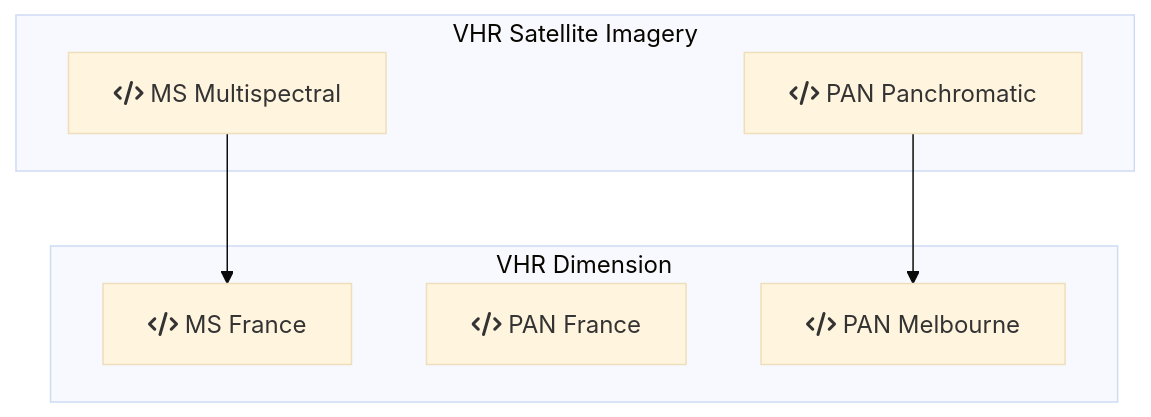
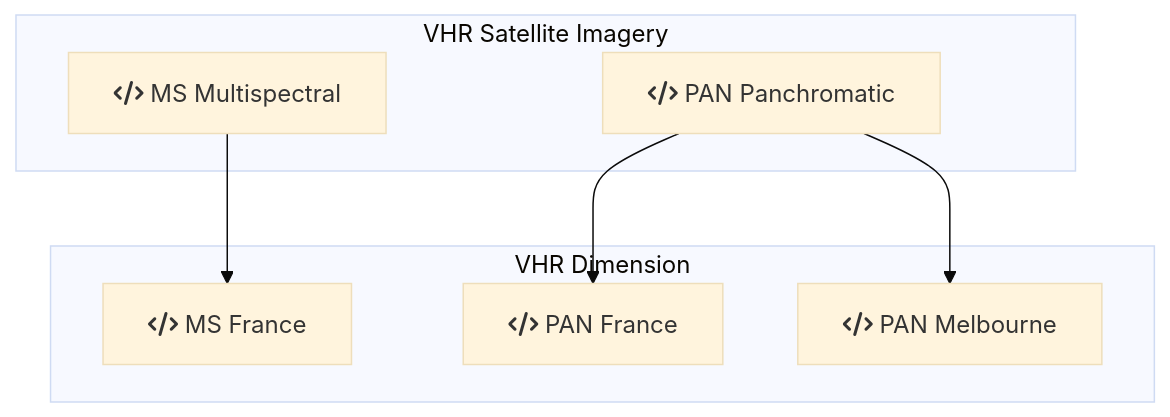
One commit to DippoldEJ/Satellite-Datasets changed the diagram in Pleiades/README.md. Above: the diagram before and after it, drawn with Mermaid (base theme).

````diff
--- a/Pleiades/README.md
+++ b/Pleiades/README.md
@@ -7,17 +7,18 @@
 ```mermaid
 flowchart TD;
 
 subgraph VHR Satellite Imagery
     a[fa:fa-code MS Multispectral]
     b[fa:fa-code PAN Panchromatic]
     end
 
 subgraph VHR Dimension
     c[fa:fa-code MS France]
     d[fa:fa-code PAN France]
     e[fa:fa-code PAN Melbourne]
     end
 
 a --> c
+b --> d
 b --> e
 ```
````
